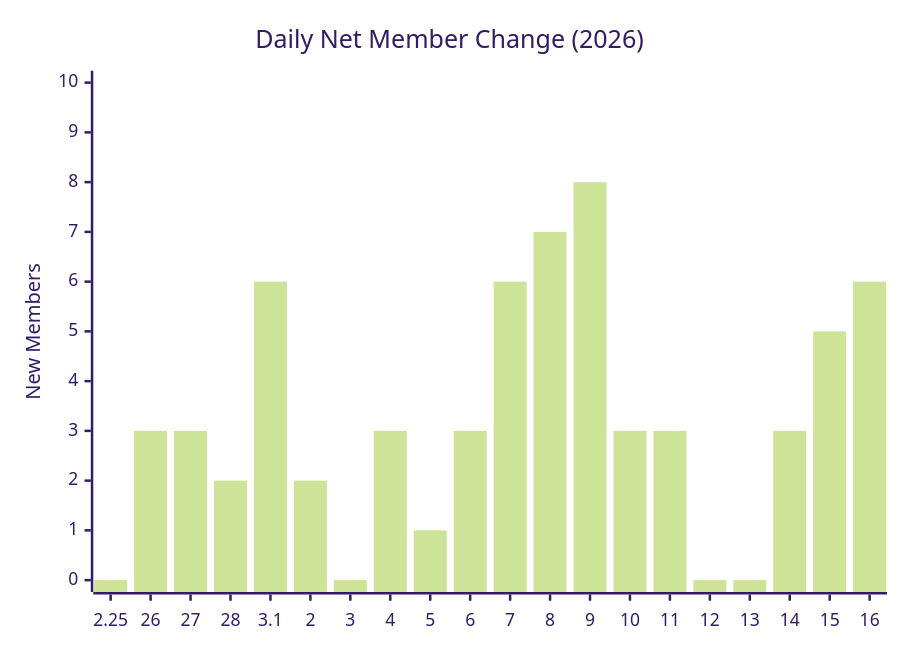
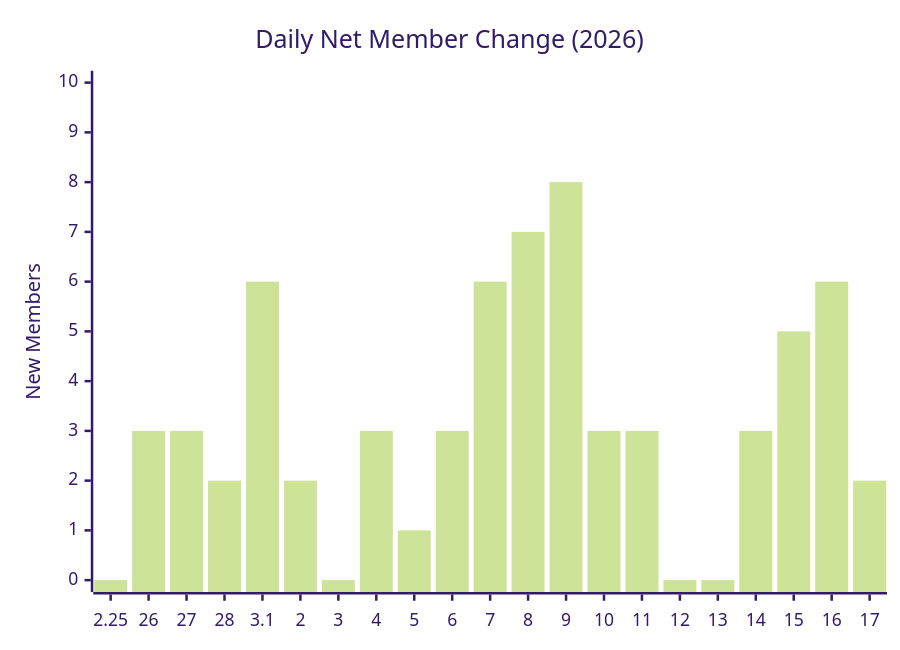
One commit to MattSherwood/March-web changed the third of 3 diagrams in exports/charts/daily-cumulative-member-tally-2026.md. Above: the diagram before and after it, drawn with Mermaid (forest theme). The commit also changed other lines of this file and 4 other files, not shown here.

````diff
--- a/exports/charts/daily-cumulative-member-tally-2026.md
+++ b/exports/charts/daily-cumulative-member-tally-2026.md
@@ -25,7 +25,7 @@
 ```mermaid
 xychart-beta
     title "Daily Net Member Change (2026)"
-    x-axis ["2.25", "26", "27", "28", "3.1", "2", "3", "4", "5", "6", "7", "8", "9", "10", "11", "12", "13", "14", "15", "16"]
+    x-axis ["2.25", "26", "27", "28", "3.1", "2", "3", "4", "5", "6", "7", "8", "9", "10", "11", "12", "13", "14", "15", "16", "17"]
     y-axis "New Members" 0 --> 10
-    bar [0, 3, 3, 2, 6, 2, 0, 3, 1, 3, 6, 7, 8, 3, 3, 0, 0, 3, 5, 6]
+    bar [0, 3, 3, 2, 6, 2, 0, 3, 1, 3, 6, 7, 8, 3, 3, 0, 0, 3, 5, 6, 2]
 ```
````
